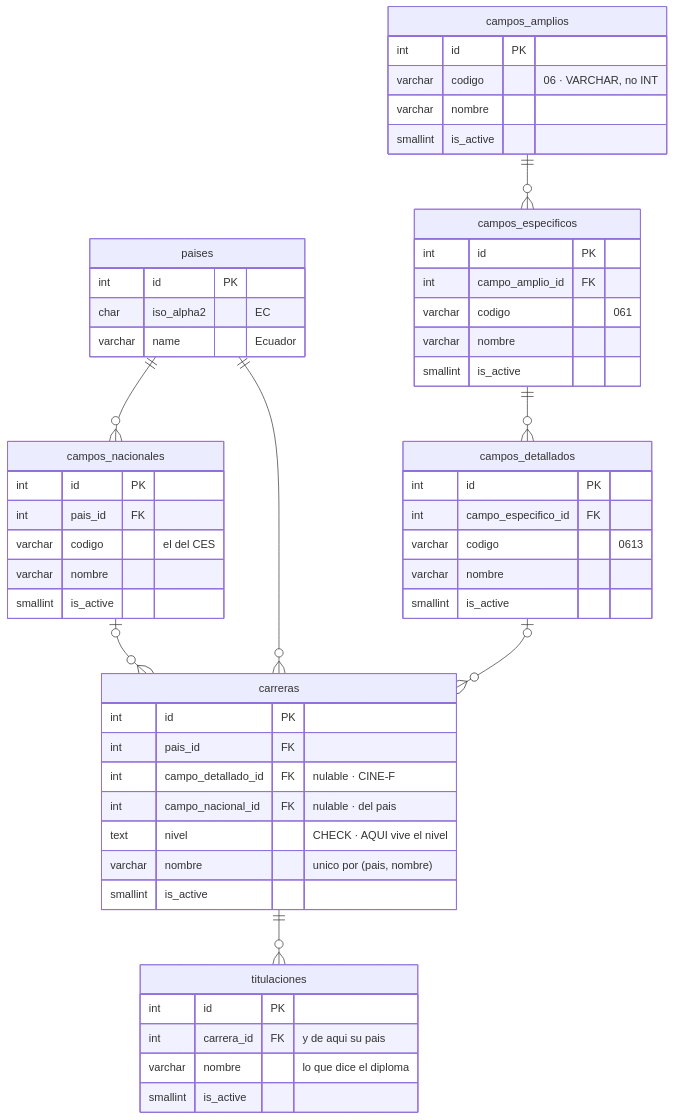
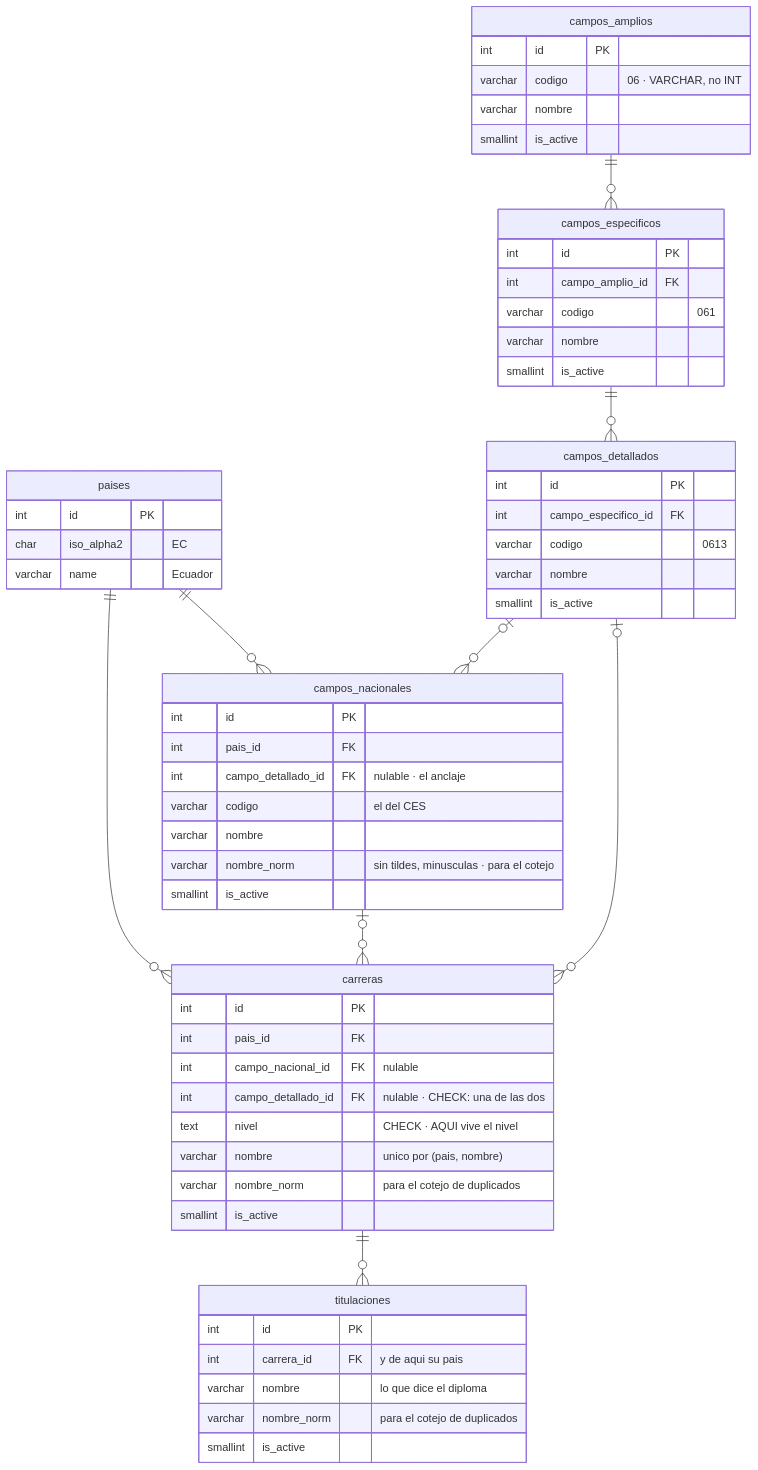
Before and after one commit to fresvel/deasy: the fifth of 8 diagrams in docs/src/content/docs/complemento/expediente.md, drawn with Mermaid. The commit also changed other lines of this file and 2 other files, not shown here.

````diff
--- a/docs/src/content/docs/complemento/expediente.md
+++ b/docs/src/content/docs/complemento/expediente.md
@@ -319,64 +334,69 @@
 ```mermaid
 erDiagram
   paises ||--o{ campos_nacionales : ""
   paises ||--o{ carreras : ""
   campos_amplios ||--o{ campos_especificos : ""
   campos_especificos ||--o{ campos_detallados : ""
+  campos_detallados |o--o{ campos_nacionales : ""
+  campos_nacionales |o--o{ carreras : ""
   campos_detallados |o--o{ carreras : ""
-  campos_nacionales |o--o{ carreras : ""
   carreras ||--o{ titulaciones : ""
 
   paises {
     int id PK
     char iso_alpha2 "EC"
     varchar name "Ecuador"
   }
 
   campos_amplios {
     int id PK
     varchar codigo "06 · VARCHAR, no INT"
     varchar nombre
     smallint is_active
   }
 
   campos_especificos {
     int id PK
     int campo_amplio_id FK
     varchar codigo "061"
     varchar nombre
     smallint is_active
   }
 
   campos_detallados {
     int id PK
     int campo_especifico_id FK
     varchar codigo "0613"
     varchar nombre
     smallint is_active
   }
 
   campos_nacionales {
     int id PK
     int pais_id FK
+    int campo_detallado_id FK "nulable · el anclaje"
     varchar codigo "el del CES"
     varchar nombre
+    varchar nombre_norm "sin tildes, minusculas · para el cotejo"
     smallint is_active
   }
 
   carreras {
     int id PK
     int pais_id FK
-    int campo_detallado_id FK "nulable · CINE-F"
-    int campo_nacional_id FK "nulable · del pais"
+    int campo_nacional_id FK "nulable"
+    int campo_detallado_id FK "nulable · CHECK: una de las dos"
     text nivel "CHECK · AQUI vive el nivel"
     varchar nombre "unico por (pais, nombre)"
+    varchar nombre_norm "para el cotejo de duplicados"
     smallint is_active
   }
 
   titulaciones {
     int id PK
     int carrera_id FK "y de aqui su pais"
     varchar nombre "lo que dice el diploma"
+    varchar nombre_norm "para el cotejo de duplicados"
     smallint is_active
   }
 ```
````
